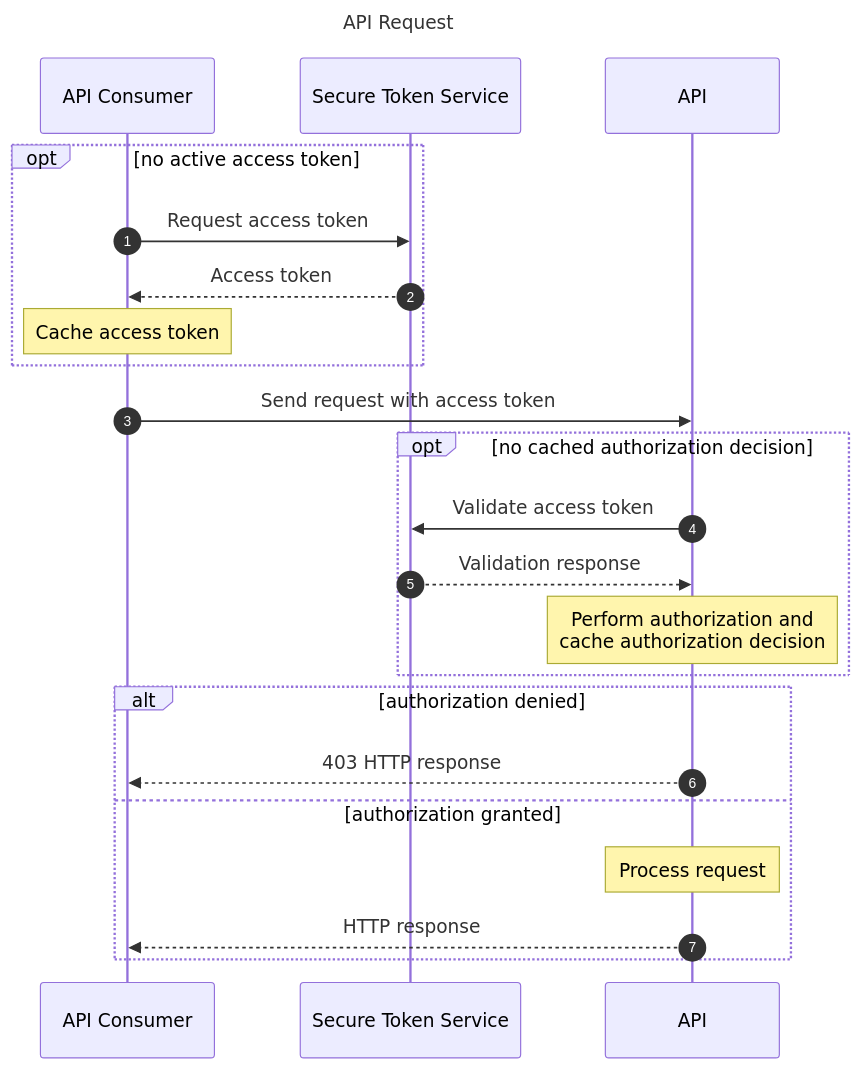
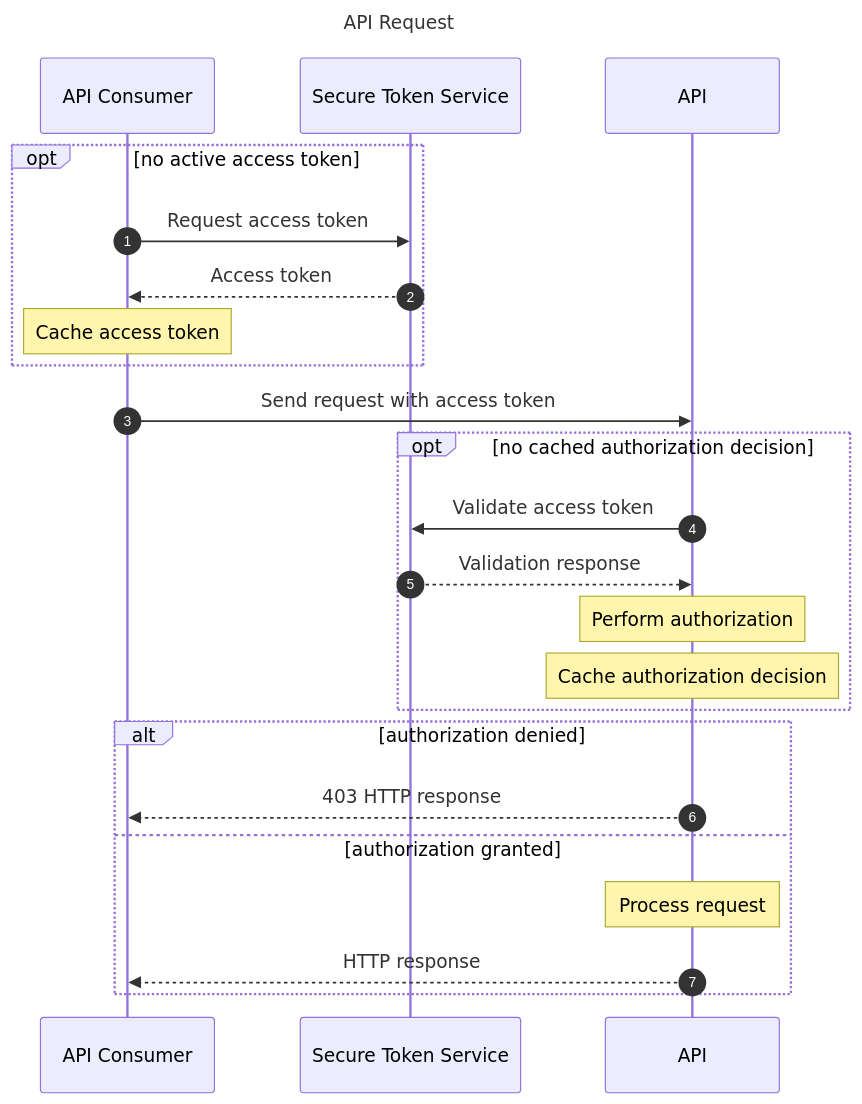
One commit to tramaine-codes/visualization-playground changed the first of 13 diagrams in mermaid/markdown/diagrams.template.md. Above: the diagram before and after it, drawn with Mermaid. The commit also changed 3 other files, not shown here.

````diff
--- a/mermaid/markdown/diagrams.template.md
+++ b/mermaid/markdown/diagrams.template.md
@@ -7,24 +7,25 @@
 ```mermaid
 ---
 title: API Request
 ---
 sequenceDiagram
   autonumber
   opt no active access token
     API Consumer->>Secure Token Service: Request access token
     Secure Token Service-->>API Consumer: Access token
     Note over API Consumer: Cache access token
   end
   API Consumer->>API: Send request with access token
   opt no cached authorization decision
     API->>Secure Token Service: Validate access token
     Secure Token Service-->>API: Validation response
-    Note over API: Perform authorization and<br />cache authorization decision
+    Note over API: Perform authorization
+    Note over API: Cache authorization decision
   end
   alt authorization denied
     API-->>API Consumer: 403 HTTP response
   else authorization granted
     Note over API: Process request
     API-->>API Consumer: HTTP response
   end
 ```
````
